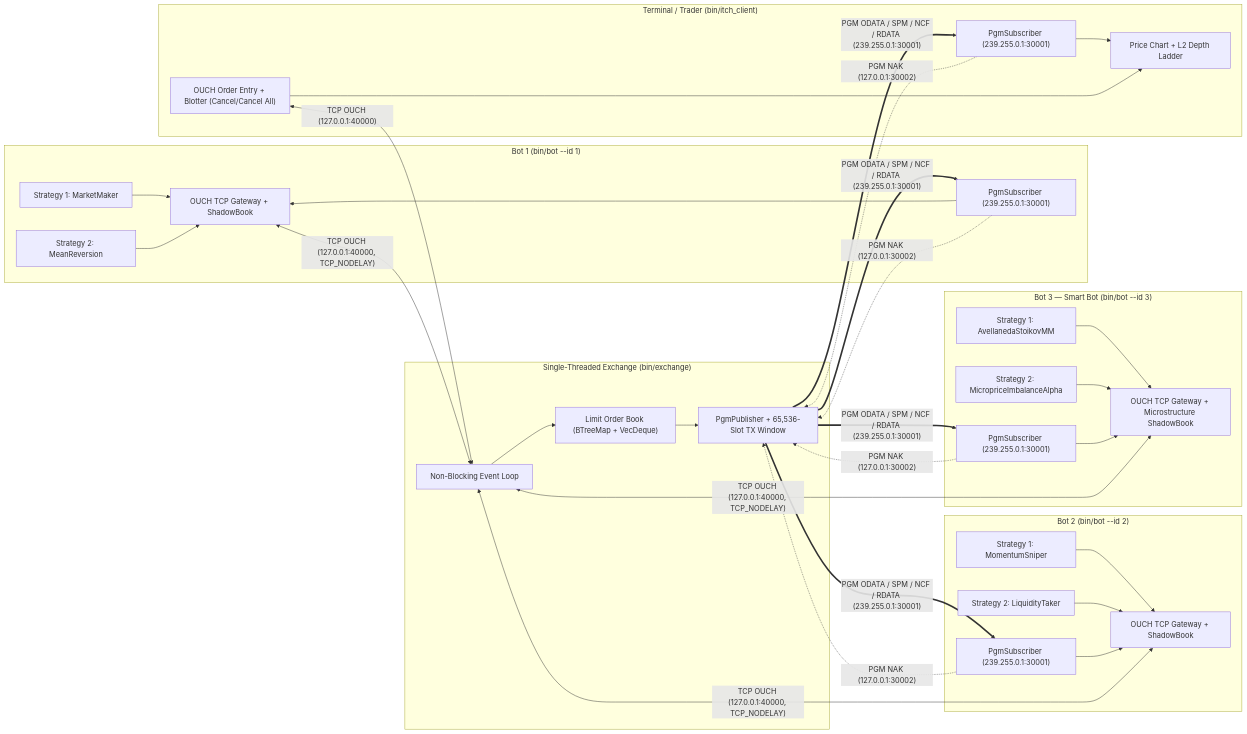
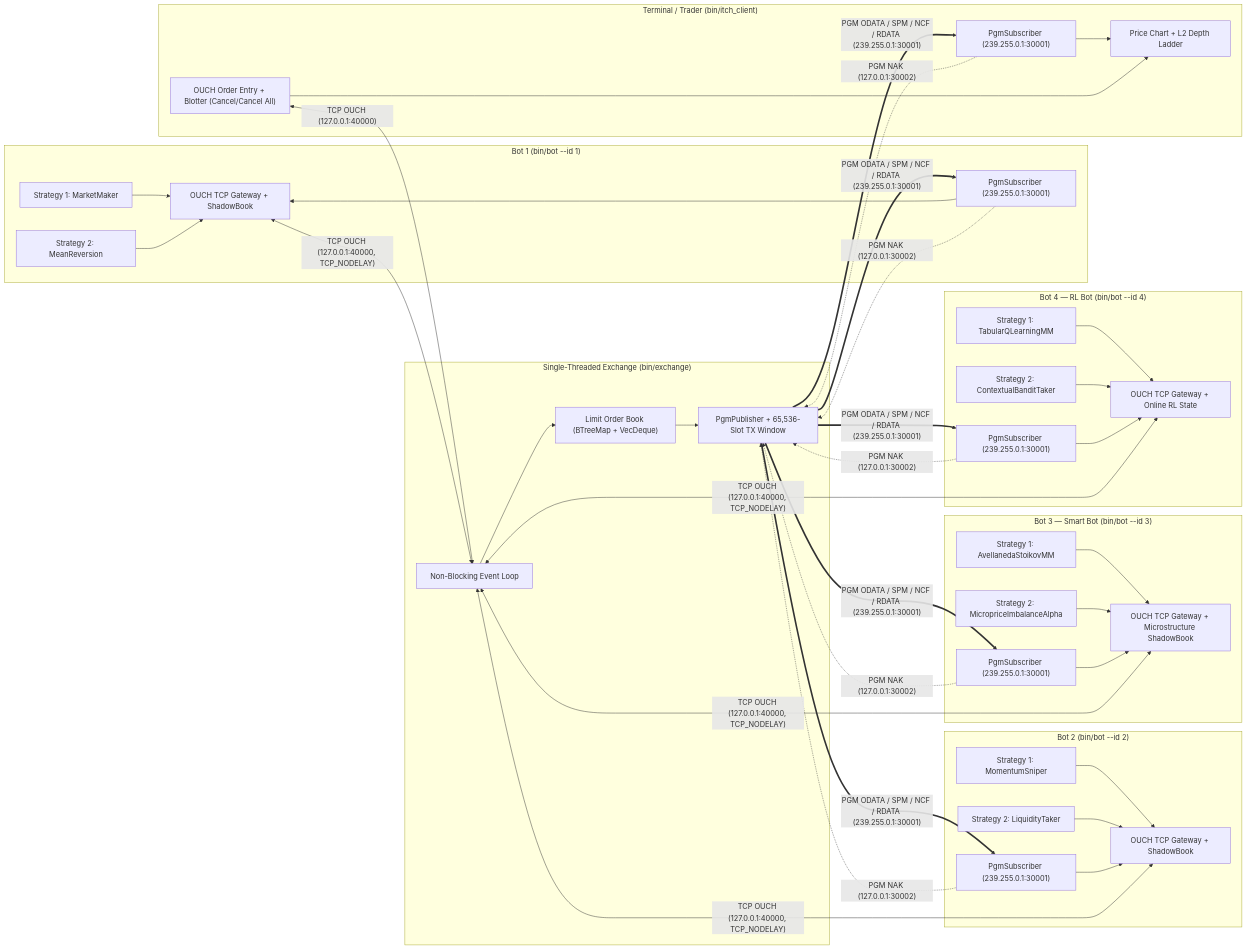
One commit to yesmanchyk/nasdaq changed the diagram in itch-ouch-sim/README.md. Above: the diagram before and after it, drawn with Mermaid. The commit also changed other lines of this file and 4 other files, not shown here.

Commit message:
Add 4th bot with online reinforcement learning (Tabular Q-Learning MM + Contextual UCB1 Bandit)

````diff
--- a/itch-ouch-sim/README.md
+++ b/itch-ouch-sim/README.md
@@ -9,60 +9,73 @@
 ```mermaid
 flowchart LR
     subgraph Bot1["Bot 1 (bin/bot --id 1)"]
         B1S1["Strategy 1: MarketMaker"]
         B1S2["Strategy 2: MeanReversion"]
         B1GW["OUCH TCP Gateway + ShadowBook"]
         B1PGM["PgmSubscriber (239.255.0.1:30001)"]
         B1S1 --> B1GW
         B1S2 --> B1GW
         B1PGM --> B1GW
     end
 
     subgraph Bot2["Bot 2 (bin/bot --id 2)"]
         B2S1["Strategy 1: MomentumSniper"]
         B2S2["Strategy 2: LiquidityTaker"]
         B2GW["OUCH TCP Gateway + ShadowBook"]
         B2PGM["PgmSubscriber (239.255.0.1:30001)"]
         B2S1 --> B2GW
         B2S2 --> B2GW
         B2PGM --> B2GW
     end
 
     subgraph Bot3["Bot 3 — Smart Bot (bin/bot --id 3)"]
         B3S1["Strategy 1: AvellanedaStoikovMM"]
         B3S2["Strategy 2: MicropriceImbalanceAlpha"]
         B3GW["OUCH TCP Gateway + Microstructure ShadowBook"]
         B3PGM["PgmSubscriber (239.255.0.1:30001)"]
         B3S1 --> B3GW
         B3S2 --> B3GW
         B3PGM --> B3GW
     end
 
+    subgraph Bot4["Bot 4 — RL Bot (bin/bot --id 4)"]
+        B4S1["Strategy 1: TabularQLearningMM"]
+        B4S2["Strategy 2: ContextualBanditTaker"]
+        B4GW["OUCH TCP Gateway + Online RL State"]
+        B4PGM["PgmSubscriber (239.255.0.1:30001)"]
+        B4S1 --> B4GW
+        B4S2 --> B4GW
+        B4PGM --> B4GW
+    end
+
     subgraph GUI["Terminal / Trader (bin/itch_client)"]
         GUI_CHART["Price Chart + L2 Depth Ladder"]
         GUI_OE["OUCH Order Entry + Blotter (Cancel/Cancel All)"]
         GUI_PGM["PgmSubscriber (239.255.0.1:30001)"]
         GUI_PGM --> GUI_CHART
         GUI_OE --> GUI_CHART
     end
 
     subgraph Exchange["Single-Threaded Exchange (bin/exchange)"]
         EL["Non-Blocking Event Loop"]
         OB["Limit Order Book (BTreeMap + VecDeque)"]
         PGM["PgmPublisher + 65,536-Slot TX Window"]
         EL --> OB --> PGM
     end
 
     B1GW <-- "TCP OUCH (127.0.0.1:40000, TCP_NODELAY)" --> EL
     B2GW <-- "TCP OUCH (127.0.0.1:40000, TCP_NODELAY)" --> EL
     B3GW <-- "TCP OUCH (127.0.0.1:40000, TCP_NODELAY)" --> EL
+    B4GW <-- "TCP OUCH (127.0.0.1:40000, TCP_NODELAY)" --> EL
     GUI_OE <-- "TCP OUCH (127.0.0.1:40000)" --> EL
     PGM == "PGM ODATA / SPM / NCF / RDATA (239.255.0.1:30001)" ==> B1PGM
     PGM == "PGM ODATA / SPM / NCF / RDATA (239.255.0.1:30001)" ==> B2PGM
     PGM == "PGM ODATA / SPM / NCF / RDATA (239.255.0.1:30001)" ==> B3PGM
+    PGM == "PGM ODATA / SPM / NCF / RDATA (239.255.0.1:30001)" ==> B4PGM
     PGM == "PGM ODATA / SPM / NCF / RDATA (239.255.0.1:30001)" ==> GUI_PGM
     B1PGM -. "PGM NAK (127.0.0.1:30002)" .-> PGM
     B2PGM -. "PGM NAK (127.0.0.1:30002)" .-> PGM
     B3PGM -. "PGM NAK (127.0.0.1:30002)" .-> PGM
+    B4PGM -. "PGM NAK (127.0.0.1:30002)" .-> PGM
     GUI_PGM -. "PGM NAK (127.0.0.1:30002)" .-> PGM
 ```
````
